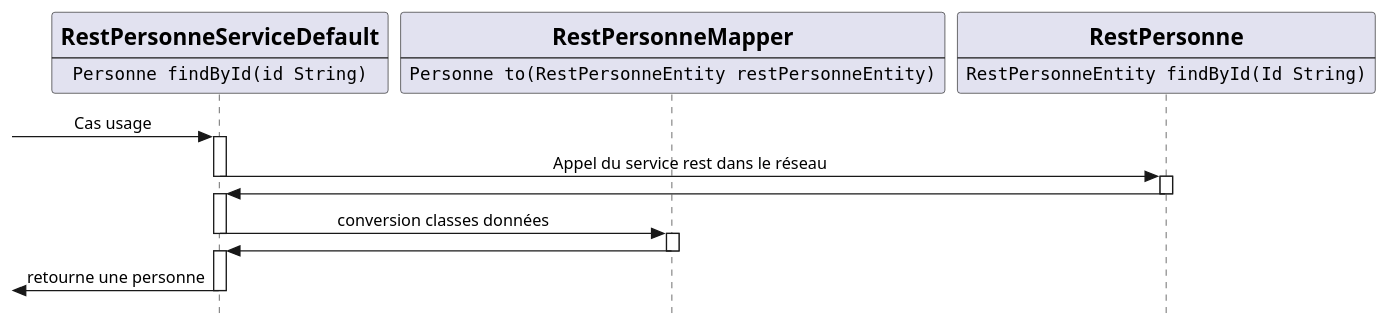
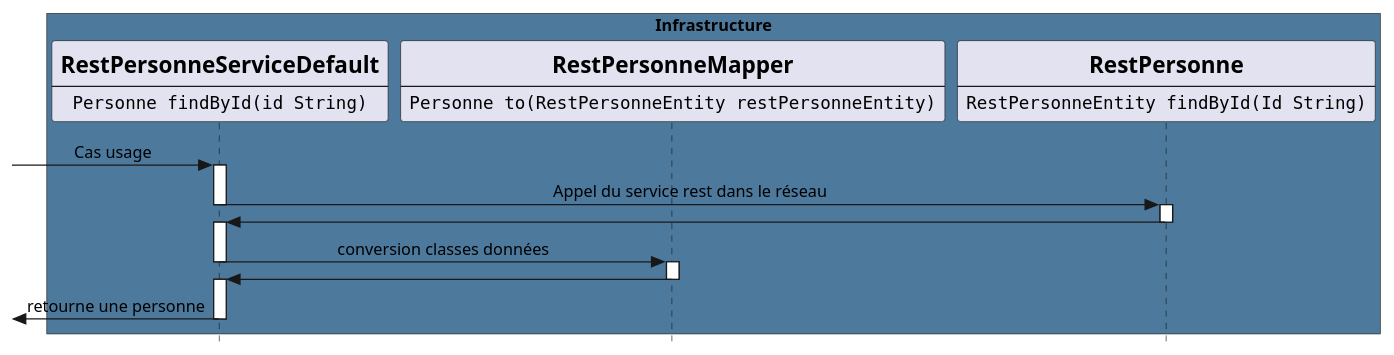
The diagram in images/infrastructure/dia_seq_infrastructure_ex.puml (stef38-code/structureProjet), drawn with PlantUML before and after one commit. The commit also changed 10 other files, not shown here.

```diff
--- a/images/infrastructure/dia_seq_infrastructure_ex.puml
+++ b/images/infrastructure/dia_seq_infrastructure_ex.puml
@@ -1,27 +1,29 @@
 @startuml
 skinparam style strictuml
 skinparam sequenceMessageAlign center
+
+box "Infrastructure" #4C799C
 participant RestPersonneServiceDefault [
     =RestPersonneServiceDefault
     ----
     ""Personne findById(id String)""
 ]
 participant RestPersonneMapperModel [
     =RestPersonneMapper
     ----
     ""Personne to(RestPersonneEntity restPersonneEntity)""
 ]
 participant RestPersonne [
     =RestPersonne
     ----
     ""RestPersonneEntity findById(Id String)""
 ]
-
+end box
 
 [-> RestPersonneServiceDefault ++ : Cas usage
 RestPersonneServiceDefault -> RestPersonne --++: Appel du service rest dans le réseau
 RestPersonne -> RestPersonneServiceDefault --++:
 RestPersonneServiceDefault -> RestPersonneMapperModel --++: conversion classes données
 RestPersonneMapperModel -> RestPersonneServiceDefault --++
 [<- RestPersonneServiceDefault -- : retourne une personne
 @enduml
```
